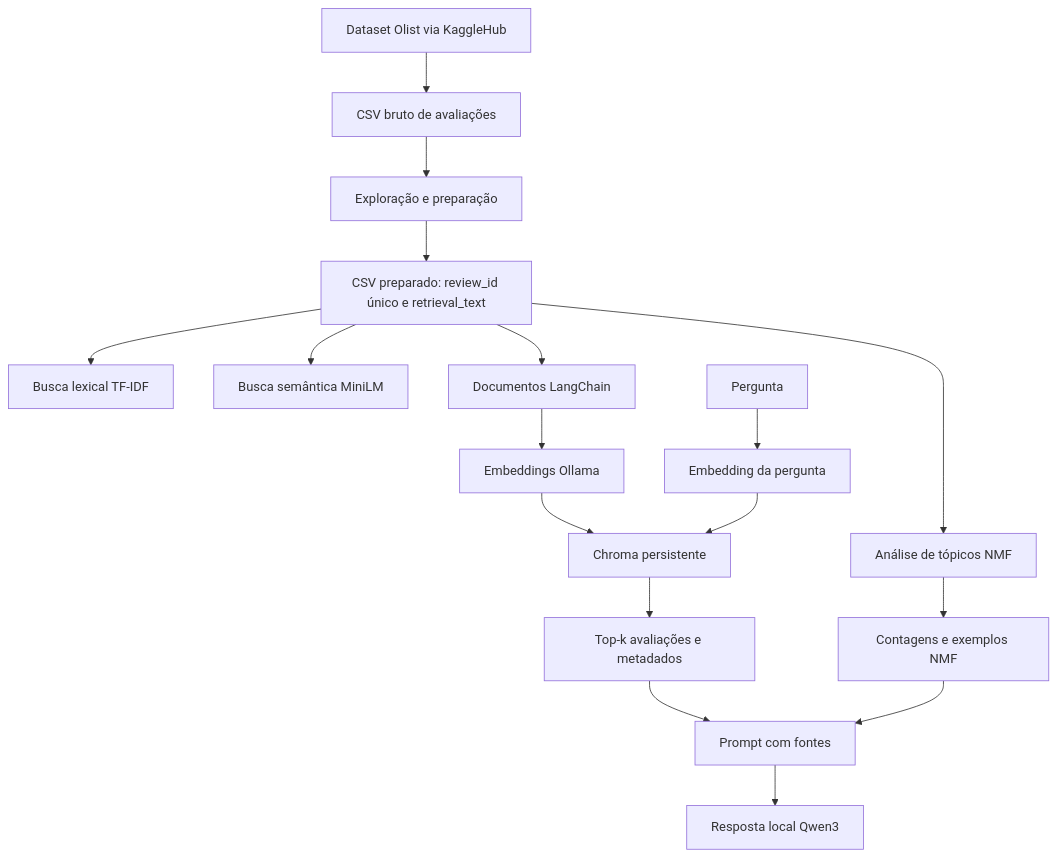
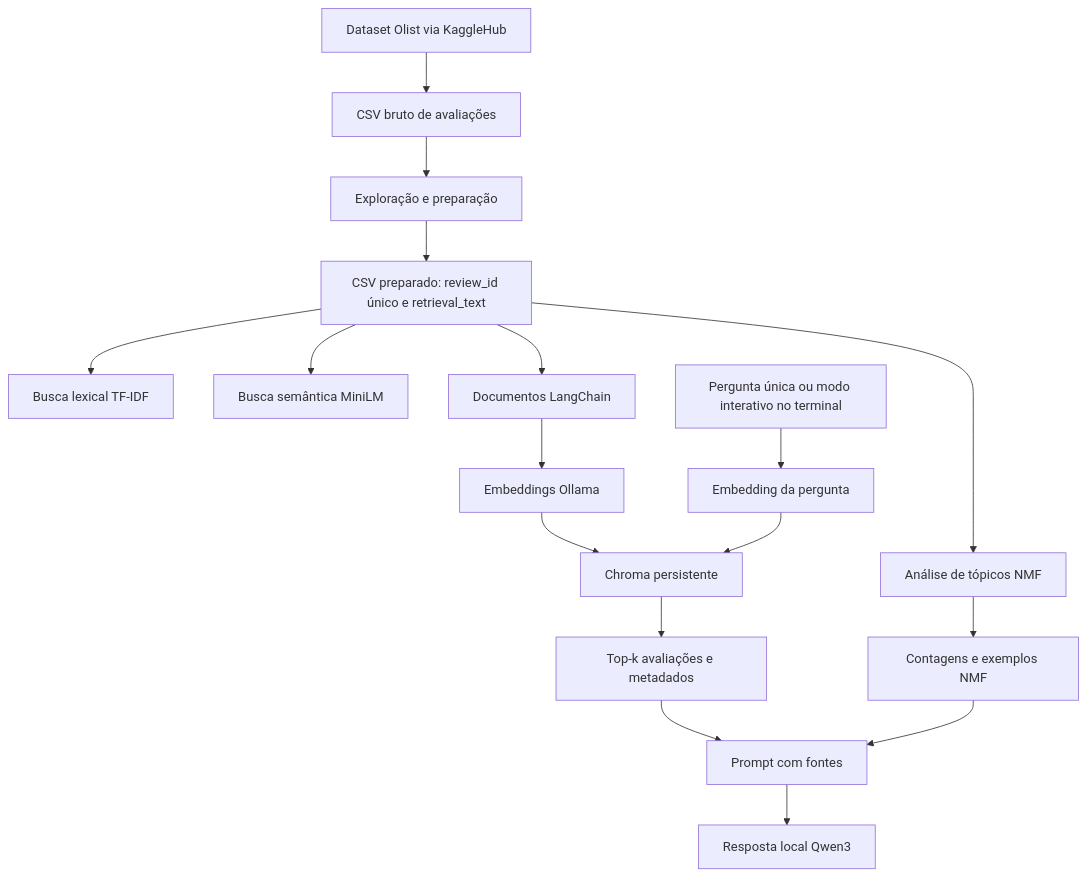
The diagram in README.md (AnaCarol21/fiap-tech-challenge-fase-4), drawn with Mermaid before and after one commit. The commit also changed other lines of this file, not shown here.

````diff
--- a/README.md
+++ b/README.md
@@ -17,19 +17,19 @@
 ```mermaid
 flowchart TD
     A[Dataset Olist via KaggleHub] --> B[CSV bruto de avaliações]
     B --> C[Exploração e preparação]
     C --> D[CSV preparado: review_id único e retrieval_text]
     D --> E[Busca lexical TF-IDF]
     D --> F[Busca semântica MiniLM]
     D --> G[Análise de tópicos NMF]
     D --> H[Documentos LangChain]
     H --> I[Embeddings Ollama]
     I --> J[Chroma persistente]
-    K[Pergunta] --> L[Embedding da pergunta]
+    K[Pergunta única ou modo interativo no terminal] --> L[Embedding da pergunta]
     L --> J
     J --> M[Top-k avaliações e metadados]
     G --> N[Contagens e exemplos NMF]
     M --> O[Prompt com fontes]
     N --> O
     O --> P[Resposta local Qwen3]
 ```
````
